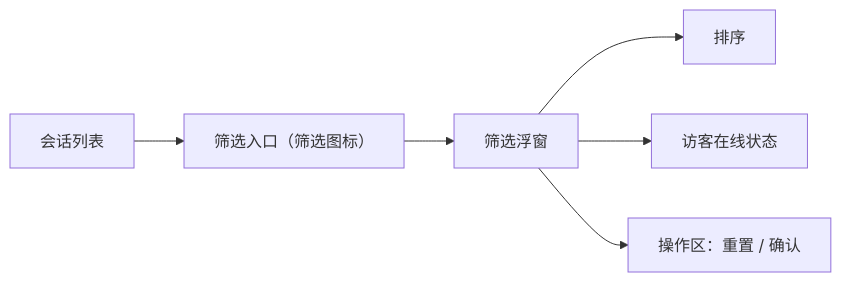
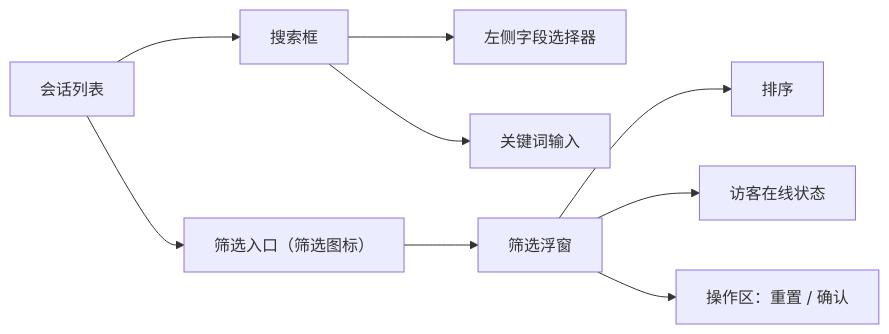
The first of 2 diagrams in docs/PRD-在线会话筛选.md (goeye/twt), drawn with Mermaid before and after one commit. The commit also changed other lines of this file and 1 other file, not shown here.

````diff
--- a/docs/PRD-在线会话筛选.md
+++ b/docs/PRD-在线会话筛选.md
@@ -39,8 +40,11 @@
 ```mermaid
 graph LR
-  A["会话列表"] --> B["筛选入口（筛选图标）"]
-  B --> C["筛选浮窗"]
-  C --> D["排序"]
-  C --> E["访客在线状态"]
-  C --> F["操作区：重置 / 确认"]
+  A["会话列表"] --> B["搜索框"]
+  B --> B1["左侧字段选择器"]
+  B --> B2["关键词输入"]
+  A --> C["筛选入口（筛选图标）"]
+  C --> D["筛选浮窗"]
+  D --> E["排序"]
+  D --> F["访客在线状态"]
+  D --> G["操作区：重置 / 确认"]
 ```
````
